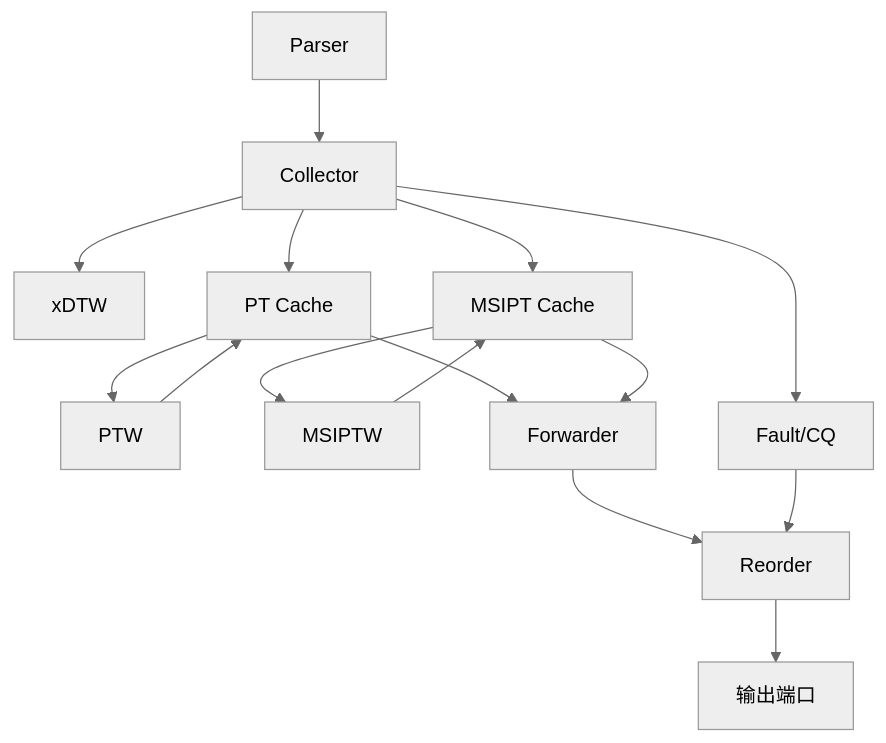
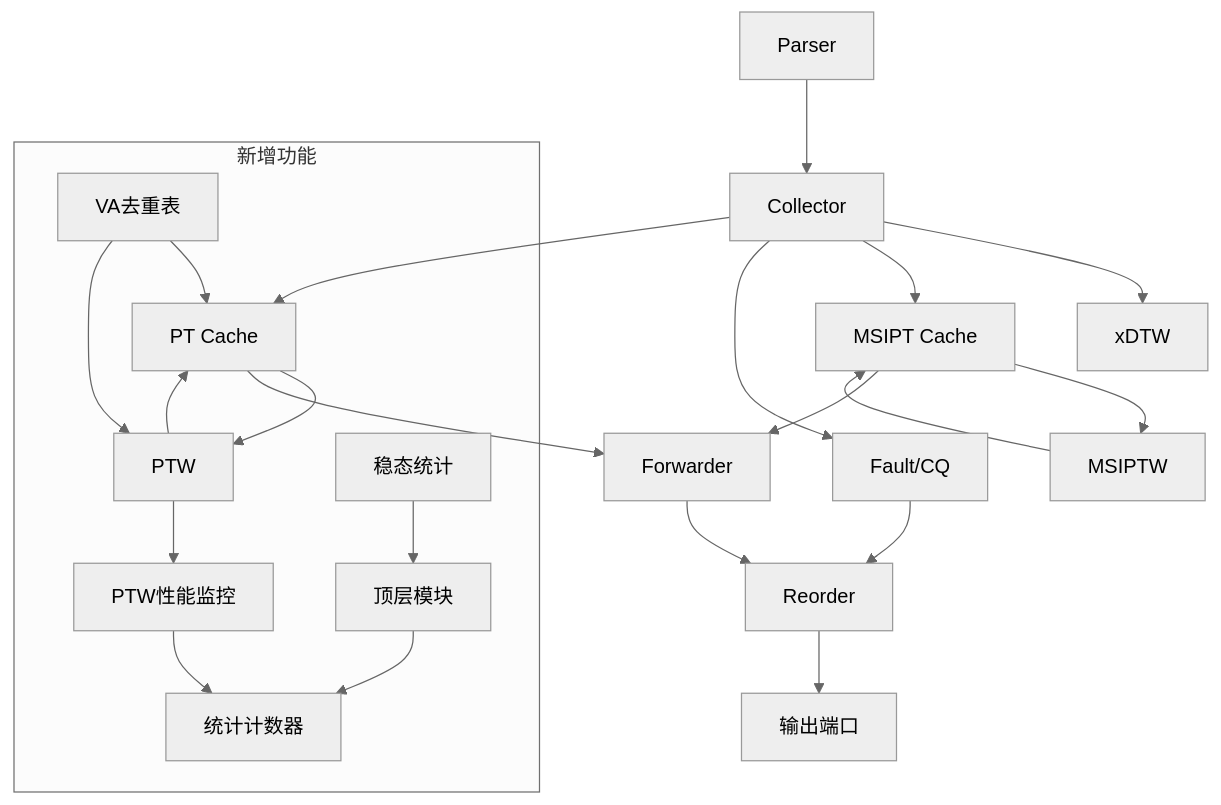
Diagram 13 of 14 in .qoder/repowiki/zh/content/性能模型实现/性能模型实现.md (jiangjiang1122/iommu_model_20260401_v1), drawn with Mermaid (neutral theme) before and after one commit. The commit also changed other lines of this file and 48 other files, not shown here.

````diff
--- a/.qoder/repowiki/zh/content/性能模型实现/性能模型实现.md
+++ b/.qoder/repowiki/zh/content/性能模型实现/性能模型实现.md
@@ -424,17 +511,25 @@
 ```mermaid
 graph TB
 P["Parser"] --> C["Collector"]
 C --> X["xDTW"]
 C --> PT["PT Cache"]
 PT --> PW["PTW"]
 PW --> PT
 C --> MSI["MSIPT Cache"]
 MSI --> MSIW["MSIPTW"]
 MSIW --> MSI
 PT --> F["Forwarder"]
 MSI --> F
 F --> R["Reorder"]
 C --> FA["Fault/CQ"]
 FA --> R
 R --> OUT["输出端口"]
+subgraph "新增功能"
+VD["VA去重表"] --> PT
+VD --> PW
+SS["稳态统计"] --> TOP["顶层模块"]
+TOP --> ST["统计计数器"]
+PW --> STATS["PTW性能监控"]
+STATS --> ST
+end
 ```
````
